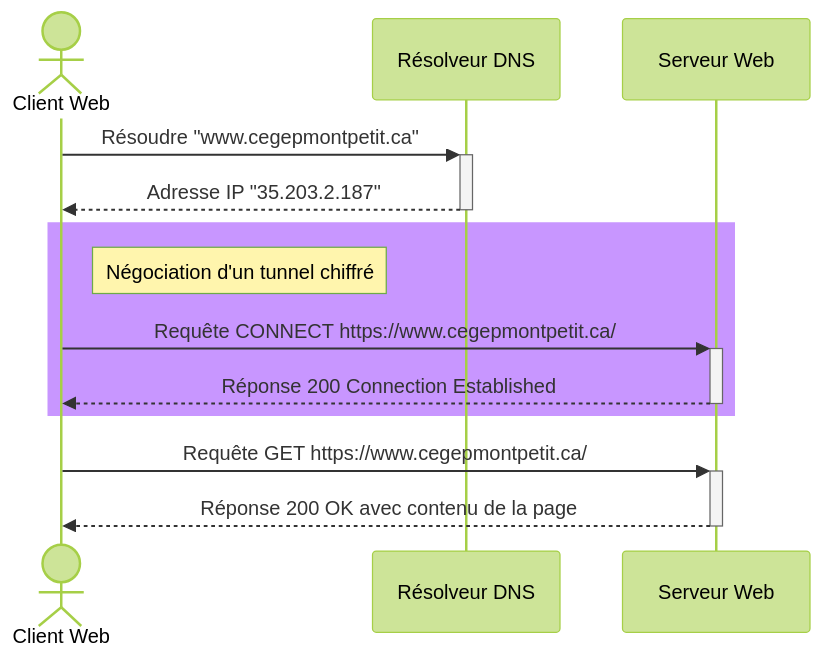
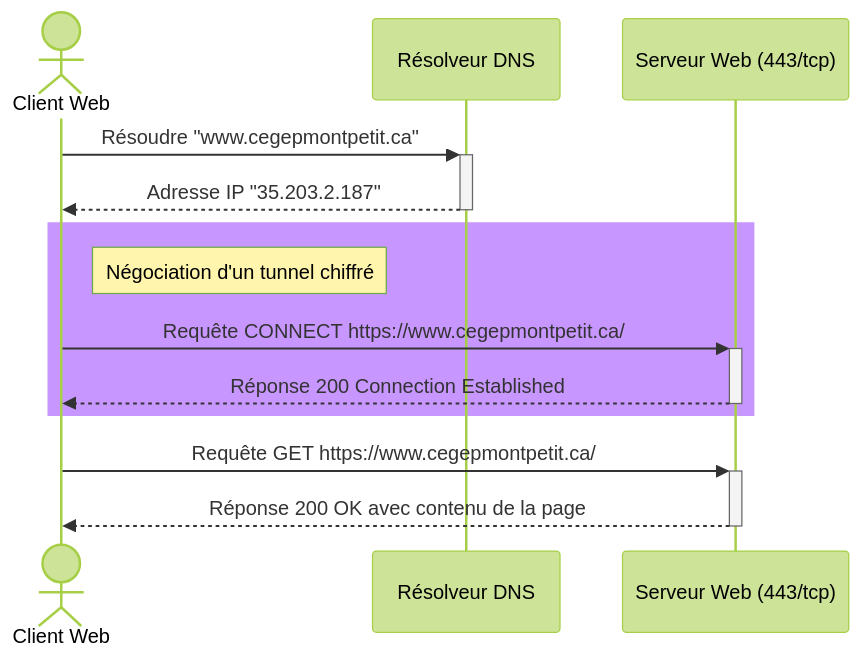
One commit to xavierDug/3U4-cybersec changed the second of 2 diagrams in web/docs/01-cours/11-rencontre6.1.md. Above: the diagram before and after it, drawn with Mermaid (forest theme). The commit also changed other lines of this file and 1 other file, not shown here.

Commit message:
Update r11 et ajout d'un diagramme

````diff
--- a/web/docs/01-cours/11-rencontre6.1.md
+++ b/web/docs/01-cours/11-rencontre6.1.md
@@ -35,18 +51,18 @@
 ```mermaid
 sequenceDiagram
    actor Client as Client Web
    participant DNS as Résolveur DNS
-   participant Web as Serveur Web
+   participant Web as Serveur Web (443/tcp)
 
    Client->>+DNS: Résoudre "www.cegepmontpetit.ca"
    DNS-->>-Client: Adresse IP "35.203.2.187"
 
    rect rgb(200, 150, 255)
    note right of Client: Négociation d'un tunnel chiffré
    Client->>+Web: Requête CONNECT https://www.cegepmontpetit.ca/
    Web-->>-Client: Réponse 200 Connection Established
    end
 
    Client->>+Web: Requête GET https://www.cegepmontpetit.ca/
    Web-->>-Client: Réponse 200 OK avec contenu de la page
 ```
````
